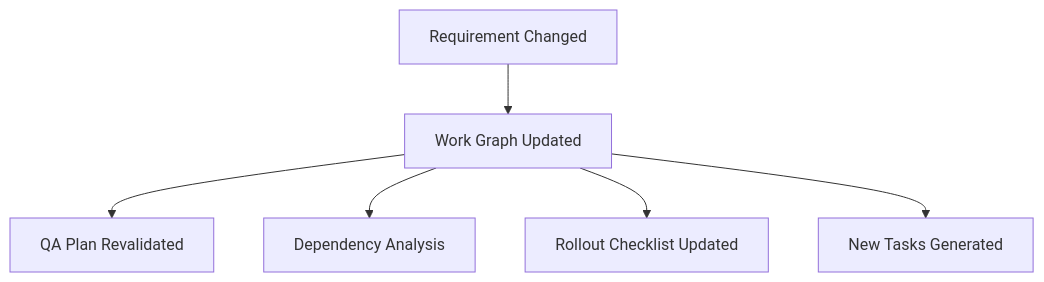
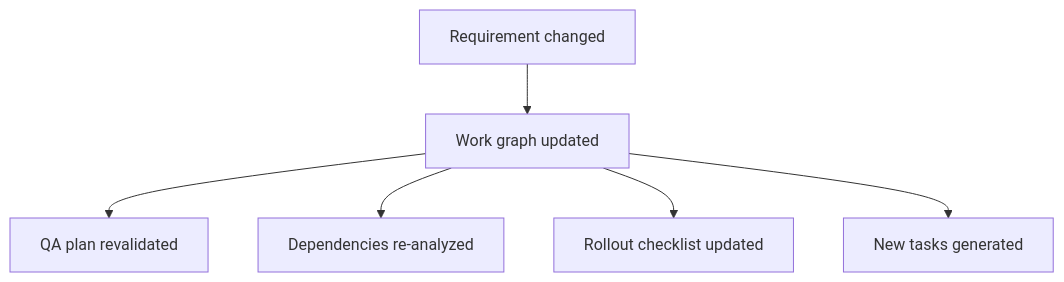
Before and after one commit to bbw9n/bbw9n.io: the fifth of 5 diagrams in app/blog/posts/beyond_ai_coworkers.org, drawn with Mermaid. The commit also changed other lines of this file, not shown here.

```diff
--- a/app/blog/posts/beyond_ai_coworkers.org
+++ b/app/blog/posts/beyond_ai_coworkers.org
@@ -244,17 +115,8 @@
 #+begin_src mermaid
 flowchart TD
-CHANGE[Requirement Changed]
-GRAPH[Work Graph Updated]
-
-QA[QA Plan Revalidated]
-DEP[Dependency Analysis]
-OPS[Rollout Checklist Updated]
-TASK[New Tasks Generated]
-
-CHANGE --> GRAPH
-GRAPH --> QA
-GRAPH --> DEP
-GRAPH --> OPS
-GRAPH --> TASK
-
+    CHANGE[Requirement changed] --> GRAPH[Work graph updated]
+    GRAPH --> QA[QA plan revalidated]
+    GRAPH --> DEP[Dependencies re-analyzed]
+    GRAPH --> OPS[Rollout checklist updated]
+    GRAPH --> TASK[New tasks generated]
 #+end_src
```
